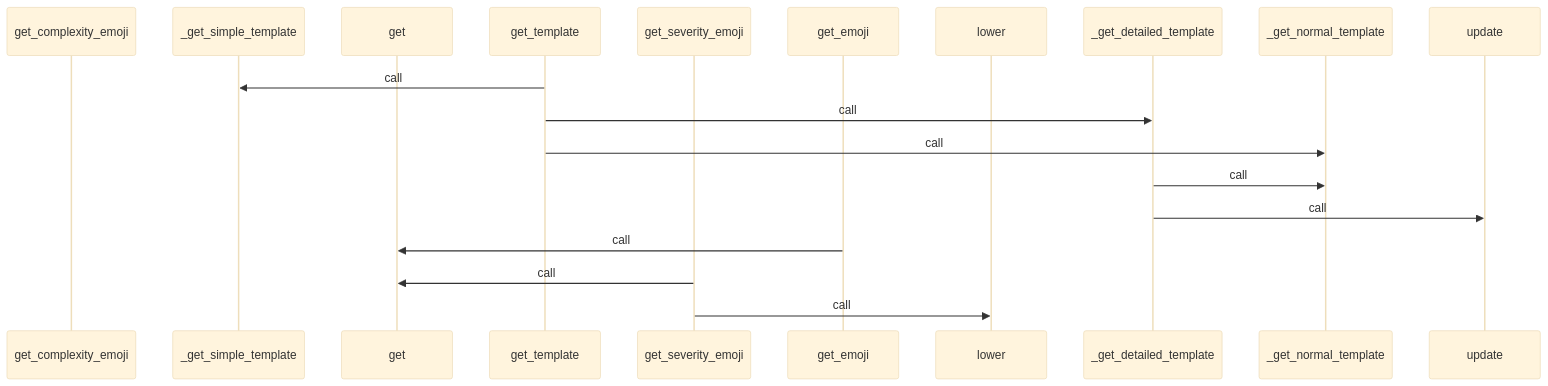
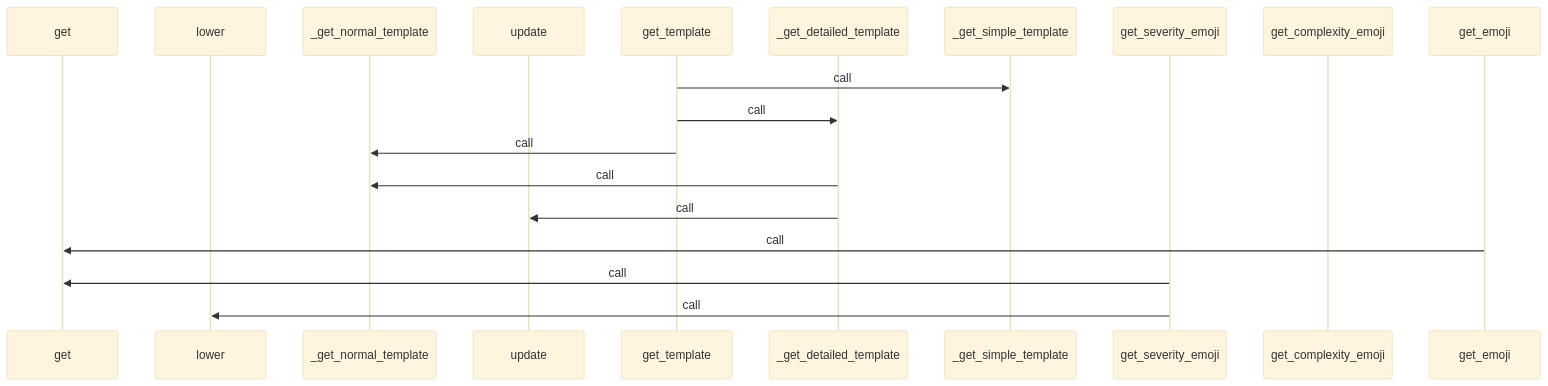
Before and after one commit to yeonjae-personal/codemuse-backend: the third of 4 diagrams in generated_docs/rule_analyzer/formatters/templates/english_templates.md, drawn with Mermaid (base theme). The commit also changed other lines of this file and 3991 other files, not shown here.

First line of the commit message:
feat: 워크플로우 개선 및 핵심 문서 자동 생성 구현

````diff
--- a/generated_docs/rule_analyzer/formatters/templates/english_templates.md
+++ b/generated_docs/rule_analyzer/formatters/templates/english_templates.md
@@ -183,21 +183,21 @@
 ```mermaid
 sequenceDiagram
-  participant get_complexity_emoji as get_complexity_emoji
-  participant _get_simple_template as _get_simple_template
   participant get as get
-  participant get_template as get_template
-  participant get_severity_emoji as get_severity_emoji
-  participant get_emoji as get_emoji
   participant lower as lower
-  participant _get_detailed_template as _get_detailed_template
   participant _get_normal_template as _get_normal_template
   participant update as update
+  participant get_template as get_template
+  participant _get_detailed_template as _get_detailed_template
+  participant _get_simple_template as _get_simple_template
+  participant get_severity_emoji as get_severity_emoji
+  participant get_complexity_emoji as get_complexity_emoji
+  participant get_emoji as get_emoji
   get_template->>_get_simple_template: call
   get_template->>_get_detailed_template: call
   get_template->>_get_normal_template: call
   _get_detailed_template->>_get_normal_template: call
   _get_detailed_template->>update: call
   get_emoji->>get: call
   get_severity_emoji->>get: call
   get_severity_emoji->>lower: call
 ```
````
